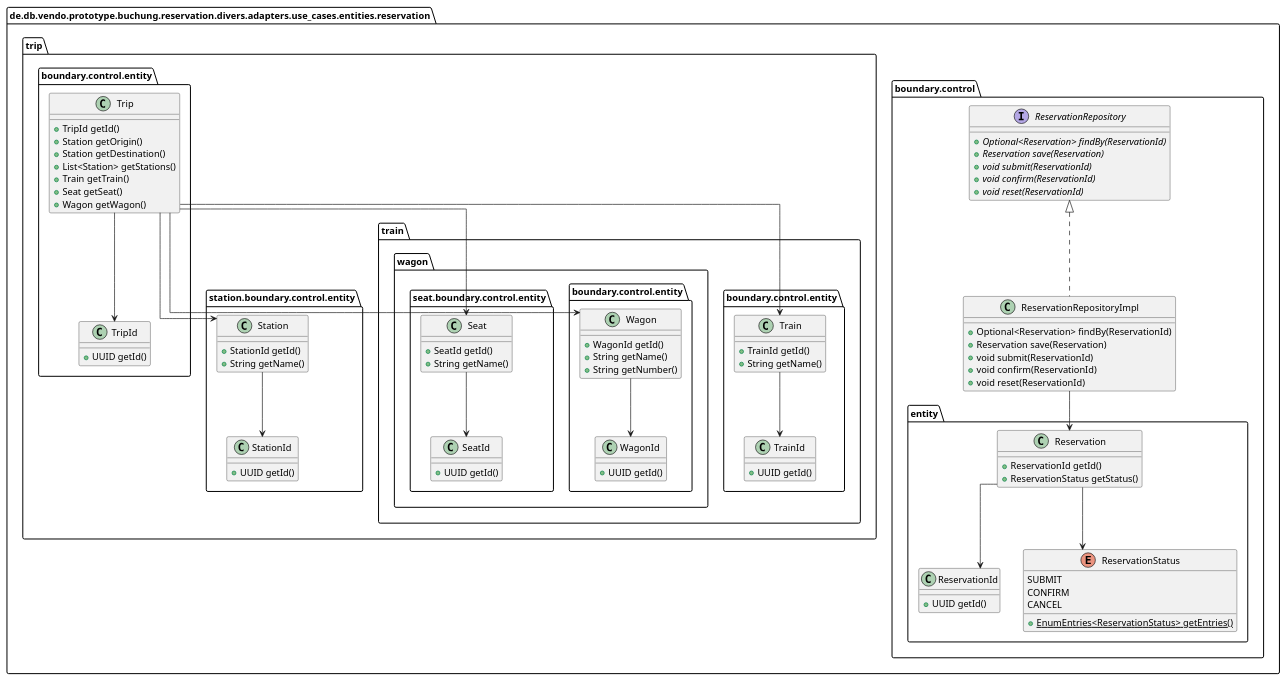
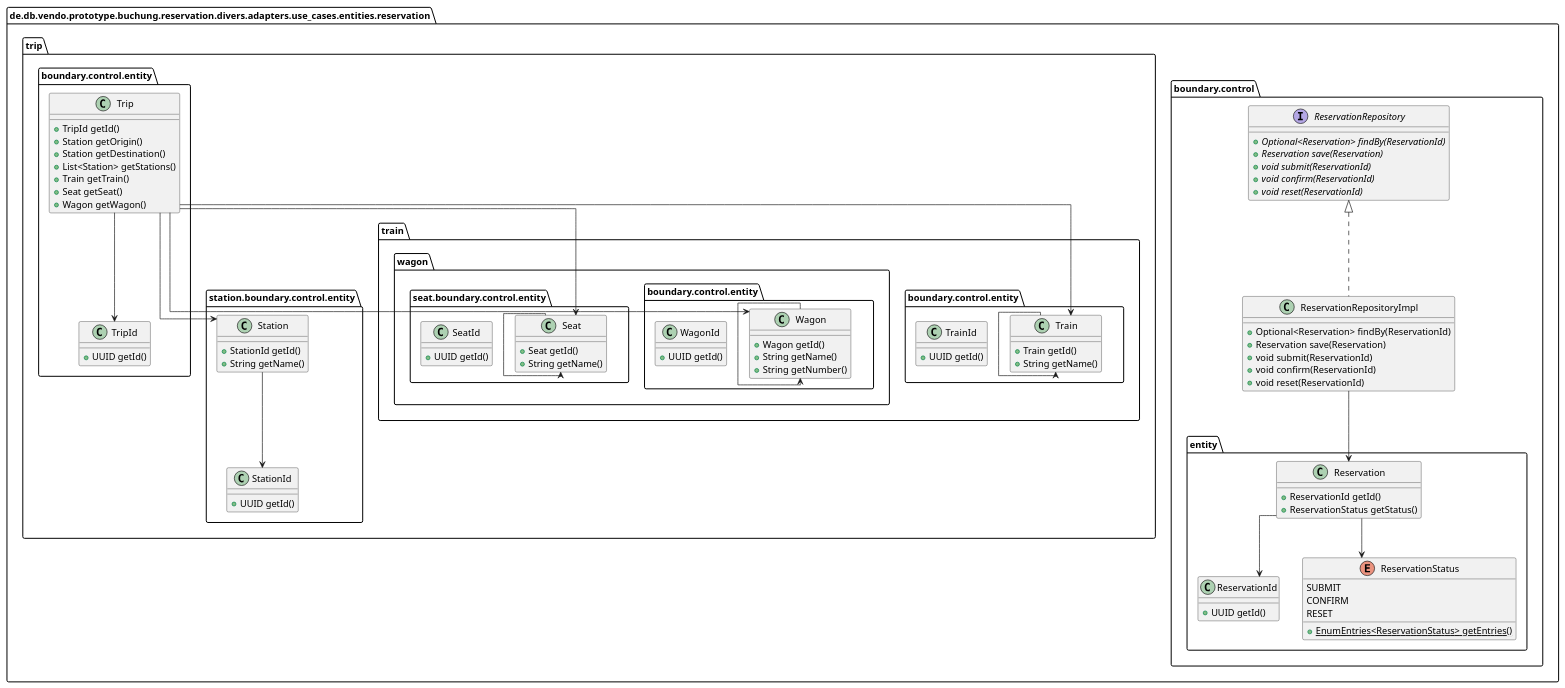
One commit to punkratz312/reservation-proto changed the diagram in doc/uml/puml/er-model.puml. Above: the diagram before and after it, drawn with PlantUML. The commit also changed 15 other files, not shown here.

```diff
--- a/doc/uml/puml/er-model.puml
+++ b/doc/uml/puml/er-model.puml
@@ -1,88 +1,88 @@
 @startuml
 !pragma useIntermediatePackages false
 skinparam linetype ortho
 show stereotype
 
 interface "ReservationRepository" as de.db.vendo.prototype.buchung.reservation.divers.adapters.use_cases.entities.reservation.boundary.control.ReservationRepository {
   + {abstract}Optional<Reservation> findBy(ReservationId)
   + {abstract}Reservation save(Reservation)
   + {abstract}void submit(ReservationId)
   + {abstract}void confirm(ReservationId)
   + {abstract}void reset(ReservationId)
 }
 class "ReservationRepositoryImpl" as de.db.vendo.prototype.buchung.reservation.divers.adapters.use_cases.entities.reservation.boundary.control.ReservationRepositoryImpl {
   +Optional<Reservation> findBy(ReservationId)
   +Reservation save(Reservation)
   +void submit(ReservationId)
   +void confirm(ReservationId)
   +void reset(ReservationId)
 }
 class "Reservation" as de.db.vendo.prototype.buchung.reservation.divers.adapters.use_cases.entities.reservation.boundary.control.entity.Reservation {
   +ReservationId getId()
   +ReservationStatus getStatus()
 }
 class "ReservationId" as de.db.vendo.prototype.buchung.reservation.divers.adapters.use_cases.entities.reservation.boundary.control.entity.ReservationId {
   +UUID getId()
 }
 enum "ReservationStatus" as de.db.vendo.prototype.buchung.reservation.divers.adapters.use_cases.entities.reservation.boundary.control.entity.ReservationStatus {
   SUBMIT
   CONFIRM
-  CANCEL
+  RESET
   __
   + {static}EnumEntries<ReservationStatus> getEntries()
 }
 class "Trip" as de.db.vendo.prototype.buchung.reservation.divers.adapters.use_cases.entities.reservation.trip.boundary.control.entity.Trip {
   +TripId getId()
   +Station getOrigin()
   +Station getDestination()
   +List<Station> getStations()
   +Train getTrain()
   +Seat getSeat()
   +Wagon getWagon()
 }
 class "TripId" as de.db.vendo.prototype.buchung.reservation.divers.adapters.use_cases.entities.reservation.trip.boundary.control.entity.TripId {
   +UUID getId()
 }
 class "Station" as de.db.vendo.prototype.buchung.reservation.divers.adapters.use_cases.entities.reservation.trip.station.boundary.control.entity.Station {
   +StationId getId()
   +String getName()
 }
 class "StationId" as de.db.vendo.prototype.buchung.reservation.divers.adapters.use_cases.entities.reservation.trip.station.boundary.control.entity.StationId {
   +UUID getId()
 }
 class "Train" as de.db.vendo.prototype.buchung.reservation.divers.adapters.use_cases.entities.reservation.trip.train.boundary.control.entity.Train {
-  +TrainId getId()
+  +Train getId()
   +String getName()
 }
 class "TrainId" as de.db.vendo.prototype.buchung.reservation.divers.adapters.use_cases.entities.reservation.trip.train.boundary.control.entity.TrainId {
   +UUID getId()
 }
 class "Wagon" as de.db.vendo.prototype.buchung.reservation.divers.adapters.use_cases.entities.reservation.trip.train.wagon.boundary.control.entity.Wagon {
-  +WagonId getId()
+  +Wagon getId()
   +String getName()
   +String getNumber()
 }
 class "WagonId" as de.db.vendo.prototype.buchung.reservation.divers.adapters.use_cases.entities.reservation.trip.train.wagon.boundary.control.entity.WagonId {
   +UUID getId()
 }
 class "Seat" as de.db.vendo.prototype.buchung.reservation.divers.adapters.use_cases.entities.reservation.trip.train.wagon.seat.boundary.control.entity.Seat {
-  +SeatId getId()
+  +Seat getId()
   +String getName()
 }
 class "SeatId" as de.db.vendo.prototype.buchung.reservation.divers.adapters.use_cases.entities.reservation.trip.train.wagon.seat.boundary.control.entity.SeatId {
   +UUID getId()
 }
 de.db.vendo.prototype.buchung.reservation.divers.adapters.use_cases.entities.reservation.boundary.control.ReservationRepositoryImpl .u.|> de.db.vendo.prototype.buchung.reservation.divers.adapters.use_cases.entities.reservation.boundary.control.ReservationRepository
 de.db.vendo.prototype.buchung.reservation.divers.adapters.use_cases.entities.reservation.boundary.control.ReservationRepositoryImpl --> de.db.vendo.prototype.buchung.reservation.divers.adapters.use_cases.entities.reservation.boundary.control.entity.Reservation
 de.db.vendo.prototype.buchung.reservation.divers.adapters.use_cases.entities.reservation.boundary.control.entity.Reservation --> de.db.vendo.prototype.buchung.reservation.divers.adapters.use_cases.entities.reservation.boundary.control.entity.ReservationId
 de.db.vendo.prototype.buchung.reservation.divers.adapters.use_cases.entities.reservation.boundary.control.entity.Reservation --> de.db.vendo.prototype.buchung.reservation.divers.adapters.use_cases.entities.reservation.boundary.control.entity.ReservationStatus
 de.db.vendo.prototype.buchung.reservation.divers.adapters.use_cases.entities.reservation.trip.boundary.control.entity.Trip --> de.db.vendo.prototype.buchung.reservation.divers.adapters.use_cases.entities.reservation.trip.boundary.control.entity.TripId
 de.db.vendo.prototype.buchung.reservation.divers.adapters.use_cases.entities.reservation.trip.boundary.control.entity.Trip --> de.db.vendo.prototype.buchung.reservation.divers.adapters.use_cases.entities.reservation.trip.station.boundary.control.entity.Station
 de.db.vendo.prototype.buchung.reservation.divers.adapters.use_cases.entities.reservation.trip.boundary.control.entity.Trip --> de.db.vendo.prototype.buchung.reservation.divers.adapters.use_cases.entities.reservation.trip.train.wagon.seat.boundary.control.entity.Seat
 de.db.vendo.prototype.buchung.reservation.divers.adapters.use_cases.entities.reservation.trip.boundary.control.entity.Trip --> de.db.vendo.prototype.buchung.reservation.divers.adapters.use_cases.entities.reservation.trip.train.boundary.control.entity.Train
 de.db.vendo.prototype.buchung.reservation.divers.adapters.use_cases.entities.reservation.trip.boundary.control.entity.Trip --> de.db.vendo.prototype.buchung.reservation.divers.adapters.use_cases.entities.reservation.trip.train.wagon.boundary.control.entity.Wagon
 de.db.vendo.prototype.buchung.reservation.divers.adapters.use_cases.entities.reservation.trip.station.boundary.control.entity.Station --> de.db.vendo.prototype.buchung.reservation.divers.adapters.use_cases.entities.reservation.trip.station.boundary.control.entity.StationId
-de.db.vendo.prototype.buchung.reservation.divers.adapters.use_cases.entities.reservation.trip.train.boundary.control.entity.Train --> de.db.vendo.prototype.buchung.reservation.divers.adapters.use_cases.entities.reservation.trip.train.boundary.control.entity.TrainId
-de.db.vendo.prototype.buchung.reservation.divers.adapters.use_cases.entities.reservation.trip.train.wagon.boundary.control.entity.Wagon --> de.db.vendo.prototype.buchung.reservation.divers.adapters.use_cases.entities.reservation.trip.train.wagon.boundary.control.entity.WagonId
-de.db.vendo.prototype.buchung.reservation.divers.adapters.use_cases.entities.reservation.trip.train.wagon.seat.boundary.control.entity.Seat --> de.db.vendo.prototype.buchung.reservation.divers.adapters.use_cases.entities.reservation.trip.train.wagon.seat.boundary.control.entity.SeatId
+de.db.vendo.prototype.buchung.reservation.divers.adapters.use_cases.entities.reservation.trip.train.boundary.control.entity.Train --> de.db.vendo.prototype.buchung.reservation.divers.adapters.use_cases.entities.reservation.trip.train.boundary.control.entity.Train
+de.db.vendo.prototype.buchung.reservation.divers.adapters.use_cases.entities.reservation.trip.train.wagon.boundary.control.entity.Wagon --> de.db.vendo.prototype.buchung.reservation.divers.adapters.use_cases.entities.reservation.trip.train.wagon.boundary.control.entity.Wagon
+de.db.vendo.prototype.buchung.reservation.divers.adapters.use_cases.entities.reservation.trip.train.wagon.seat.boundary.control.entity.Seat --> de.db.vendo.prototype.buchung.reservation.divers.adapters.use_cases.entities.reservation.trip.train.wagon.seat.boundary.control.entity.Seat
 @enduml
```
